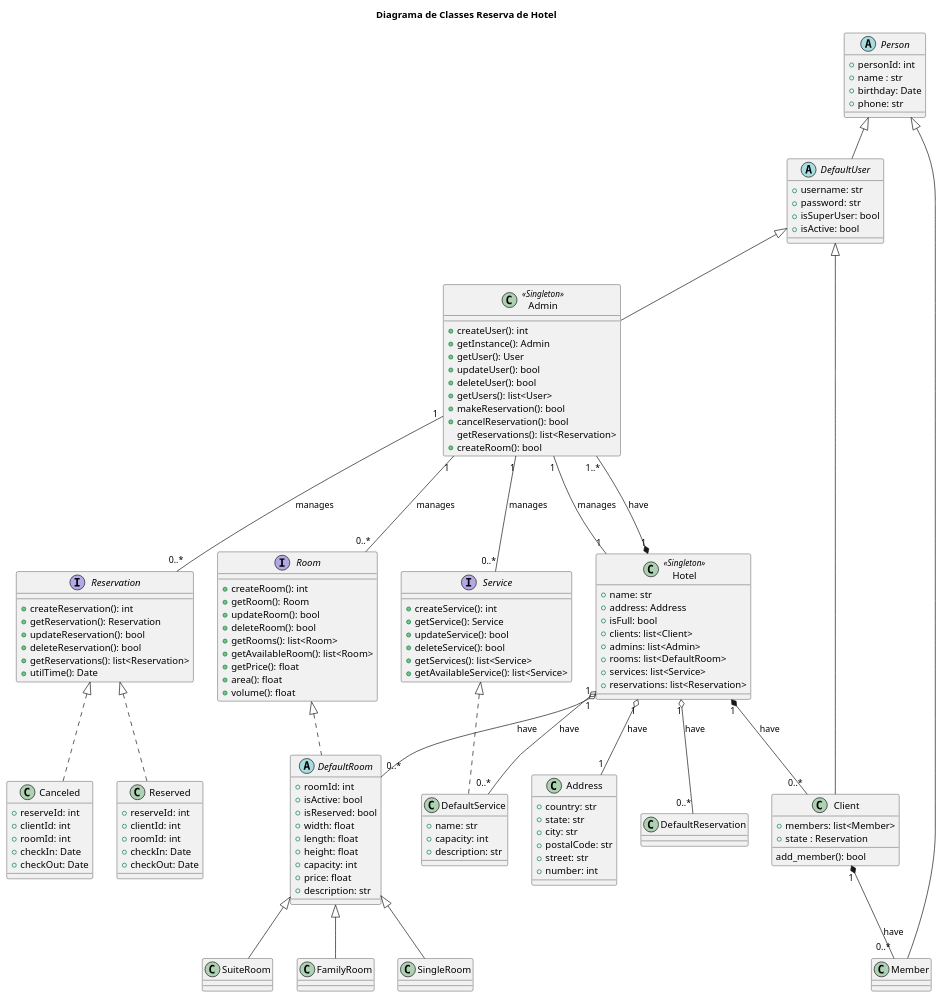
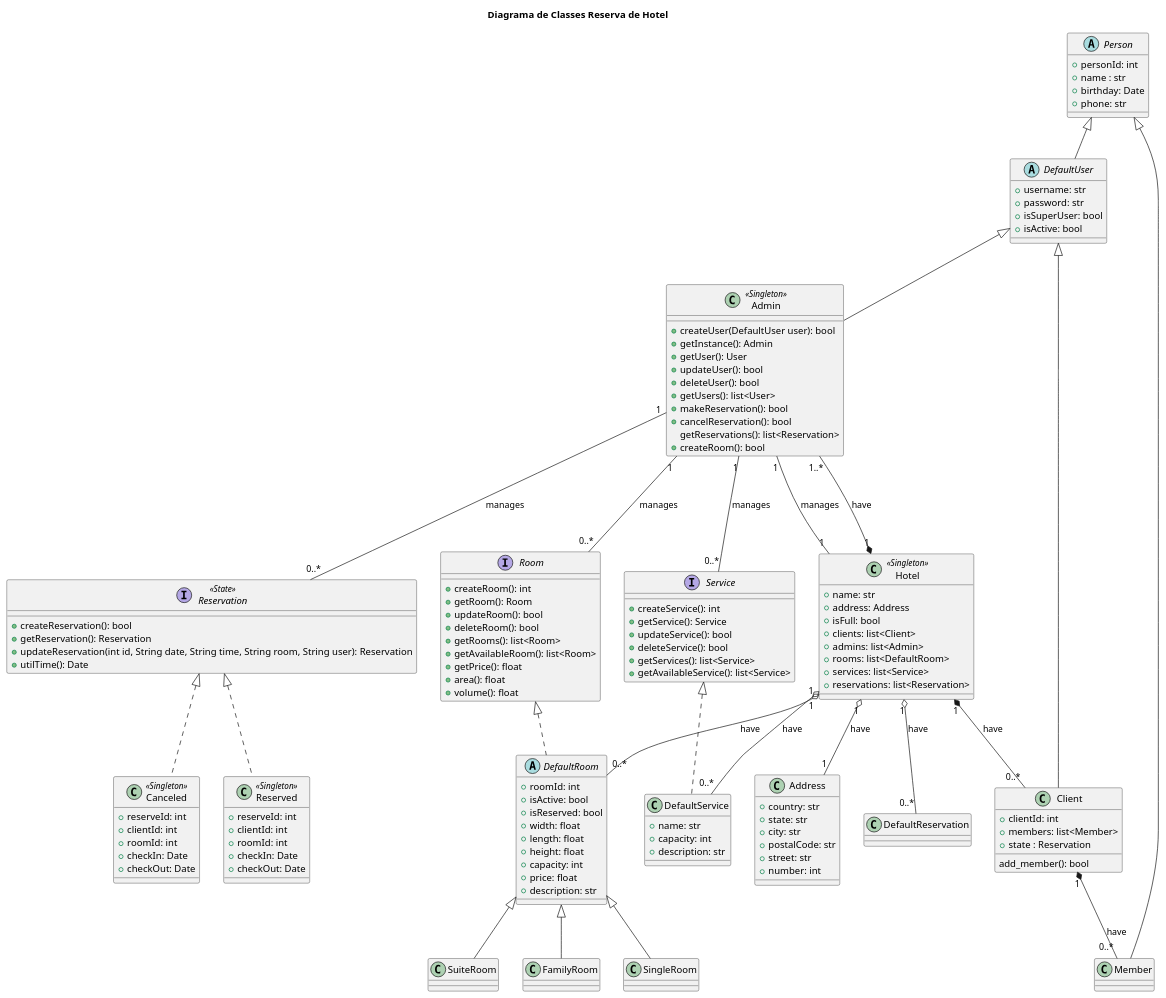
One commit to azmovi/reserva-de-hotel changed the diagram in diagrama_de_classes.iuml. Above: the diagram before and after it, drawn with PlantUML. The commit also changed 9 other files, not shown here.

Commit message:
Alterei o diagrama e o código, partindo pra padroes STATE, Singleton e a interface gráfica, coisas a melhorar ainda

```diff
--- a/diagrama_de_classes.iuml
+++ b/diagrama_de_classes.iuml
@@ -1,155 +1,154 @@
 @startuml
 title Diagrama de Classes Reserva de Hotel
 
 abstract class Person {
     +personId: int 
     +name : str
     +birthday: Date
     +phone: str
 }
 
 
 class Client extends DefaultUser {
+    +clientId: int
     +members: list<Member>
     +state : Reservation
     add_member(): bool
 }
 
 abstract class DefaultUser extends Person {
     +username: str
     +password: str
     +isSuperUser: bool 
     +isActive: bool 
 }
 
 class Admin <<Singleton>> extends DefaultUser {
 
-    +createUser(): int
+    +createUser(DefaultUser user): bool
     +getInstance(): Admin
     +getUser(): User
     +updateUser(): bool
     +deleteUser(): bool
     +getUsers(): list<User>
     +makeReservation(): bool
     +cancelReservation(): bool
     getReservations(): list<Reservation>
     +createRoom(): bool
 }
 
 
 class Member extends Person {
 }
 
 
 class Hotel <<Singleton>> {
     +name: str
     +address: Address
     +isFull: bool
     +clients: list<Client>
     +admins: list<Admin>
     +rooms: list<DefaultRoom>
     +services: list<Service>
     +reservations: list<Reservation>
 }
 
 class Address {
     +country: str
     +state: str
     +city: str
     +postalCode: str
     +street: str
     +number: int
 }
 
 interface Room {
     +createRoom(): int
     +getRoom(): Room
     +updateRoom(): bool
     +deleteRoom(): bool
     +getRooms(): list<Room>
     +getAvailableRoom(): list<Room>
     +getPrice(): float
     +area(): float
     +volume(): float
 }
 
 abstract class DefaultRoom implements Room {
     +roomId: int
     +isActive: bool
     +isReserved: bool
     +width: float
     +length: float
     +height: float
     +capacity: int
     +price: float
     +description: str
 }
 
 
 class SingleRoom extends DefaultRoom {
 }
 
 class SuiteRoom extends DefaultRoom {
 }
 
 class FamilyRoom extends DefaultRoom {
 }
 
 interface Service {
     +createService(): int
     +getService(): Service
     +updateService(): bool
     +deleteService(): bool
     +getServices(): list<Service>
     +getAvailableService(): list<Service>
 }
 
 class DefaultService implements Service {
     +name: str
     +capacity: int 
     +description: str
 
 }
 
-interface Reservation {
-    +createReservation(): int
+interface Reservation <<State>> {
+    +createReservation(): bool
     +getReservation(): Reservation
-    +updateReservation(): bool
-    +deleteReservation(): bool
-    +getReservations(): list<Reservation>
+    +updateReservation(int id, String date, String time, String room, String user): Reservation
     +utilTime(): Date
 }
 
-class Reserved implements Reservation {
+class Reserved <<Singleton>> implements Reservation {
     +reserveId: int
     +clientId: int
     +roomId: int
     +checkIn: Date
     +checkOut: Date
 }
 
-class Canceled implements Reservation {
+class Canceled <<Singleton>> implements Reservation {
     +reserveId: int
     +clientId: int
     +roomId: int
     +checkIn: Date
     +checkOut: Date
 }
 
 
 
 Hotel "1" o-- "1"     Address: have
 Hotel "1" *-- "1..*"  Admin: have
 Hotel "1" *-- "0..*"  Client: have
 Hotel "1" o-- "0..*"  DefaultRoom: have
 Hotel "1" o-- "0..*"  DefaultService: have
 Hotel "1" o-- "0..*"  DefaultReservation: have
 
 Admin "1" --- "0..*"  Service: manages
 Admin "1" --- "0..*"  Room: manages
 Admin "1" --- "0..*"  Reservation: manages
 Admin "1" --- "1"     Hotel: manages
 
 
 Client "1" *-- "0..*" Member: have
 @enduml
```
